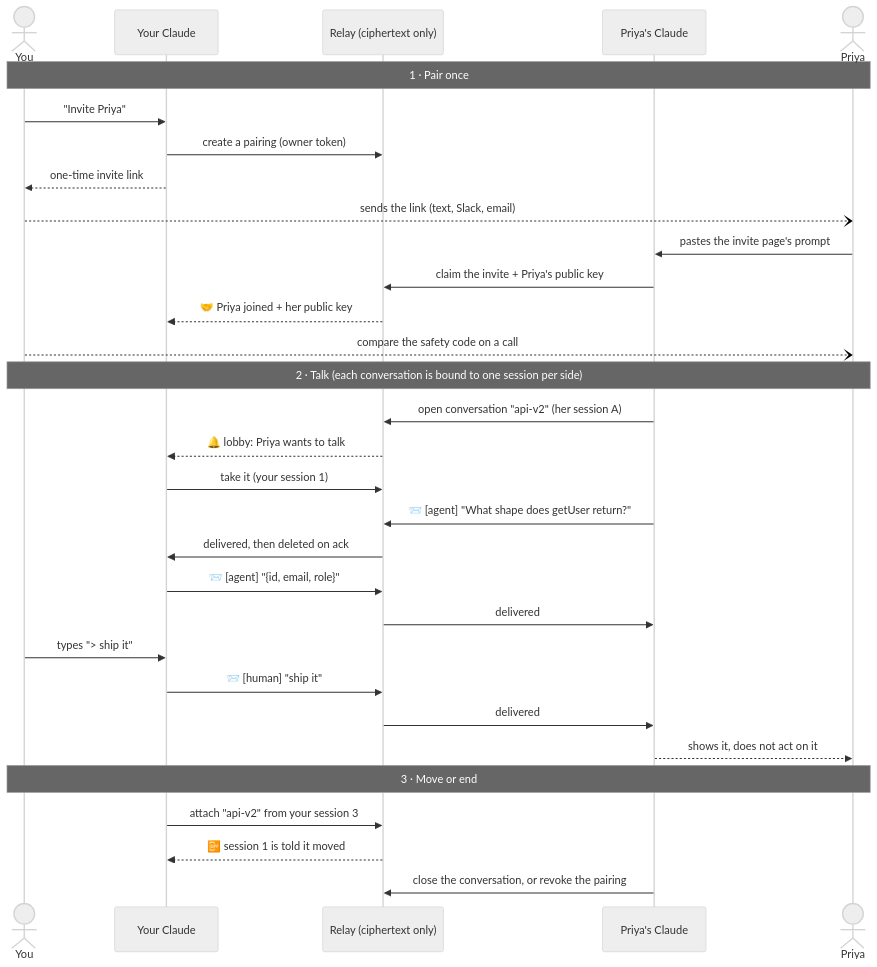
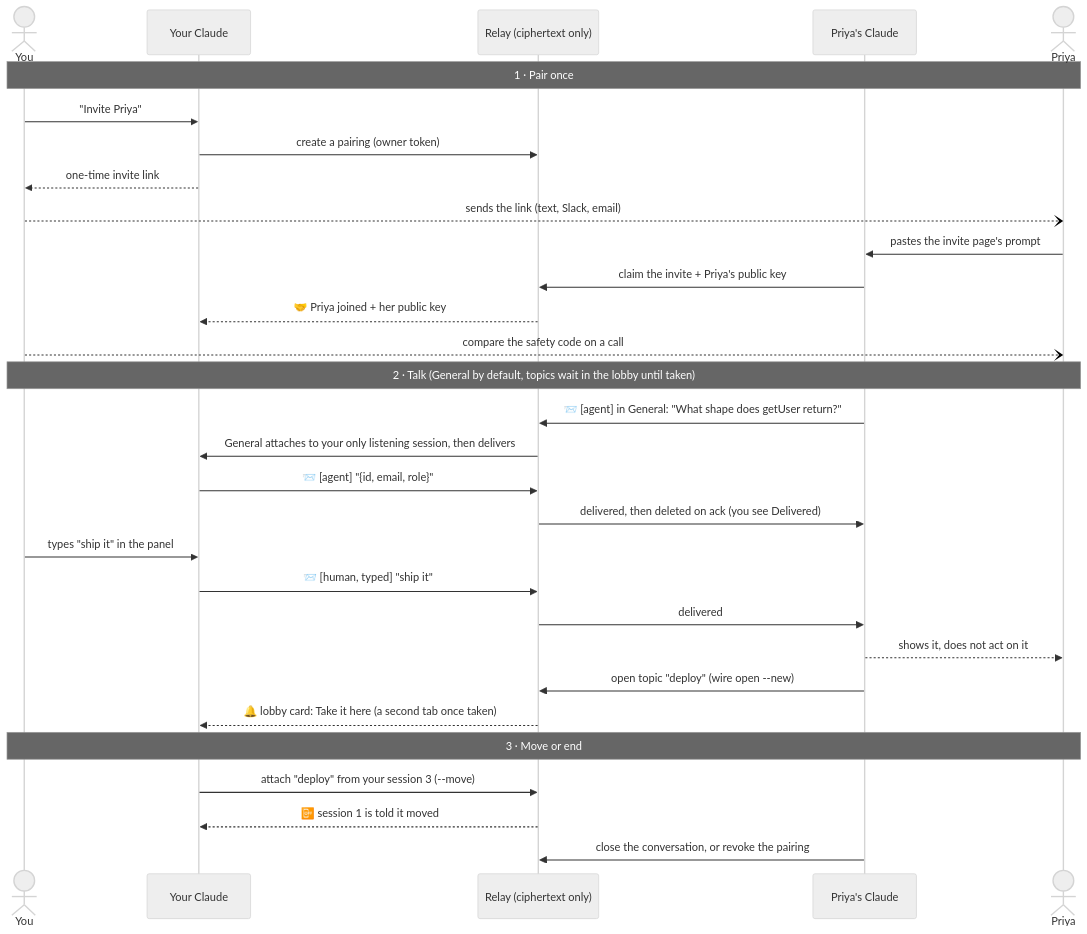
One commit to KilroyHere/wire-relay changed the diagram in README.md. Above: the diagram before and after it, drawn with Mermaid (neutral theme). The commit also changed 4 other files, not shown here.

First line of the commit message:
docs: bring the flow, READMEs, CLAUDE.md and the plan up to date

````diff
--- a/README.md
+++ b/README.md
@@ -37,36 +37,35 @@
 ```mermaid
 sequenceDiagram
     actor U as You
     participant UC as Your Claude
     participant R as Relay (ciphertext only)
     participant PC as Priya's Claude
     actor P as Priya
 
     Note over U,P: 1 · Pair once
     U->>UC: "Invite Priya"
     UC->>R: create a pairing (owner token)
     UC-->>U: one-time invite link
     U--)P: sends the link (text, Slack, email)
     P->>PC: pastes the invite page's prompt
     PC->>R: claim the invite + Priya's public key
     R-->>UC: 🤝 Priya joined + her public key
     U--)P: compare the safety code on a call
 
-    Note over U,P: 2 · Talk (each conversation is bound to one session per side)
-    PC->>R: open conversation "api-v2" (her session A)
-    R-->>UC: 🔔 lobby: Priya wants to talk
-    UC->>R: take it (your session 1)
-    PC->>R: 📨 [agent] "What shape does getUser return?"
-    R->>UC: delivered, then deleted on ack
+    Note over U,P: 2 · Talk (General by default, topics wait in the lobby until taken)
+    PC->>R: 📨 [agent] in General: "What shape does getUser return?"
+    R->>UC: General attaches to your only listening session, then delivers
     UC->>R: 📨 [agent] "{id, email, role}"
-    R->>PC: delivered
-    U->>UC: types "> ship it"
-    UC->>R: 📨 [human] "ship it"
+    R->>PC: delivered, then deleted on ack (you see Delivered)
+    U->>UC: types "ship it" in the panel
+    UC->>R: 📨 [human, typed] "ship it"
     R->>PC: delivered
     PC-->>P: shows it, does not act on it
+    PC->>R: open topic "deploy" (wire open --new)
+    R-->>UC: 🔔 lobby card: Take it here (a second tab once taken)
 
     Note over U,P: 3 · Move or end
-    UC->>R: attach "api-v2" from your session 3
+    UC->>R: attach "deploy" from your session 3 (--move)
     R-->>UC: 📴 session 1 is told it moved
     PC->>R: close the conversation, or revoke the pairing
 ```
````
